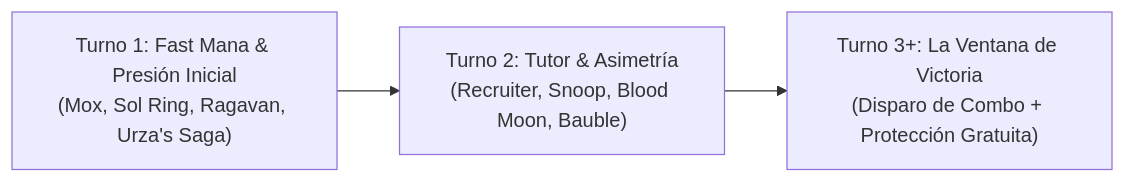
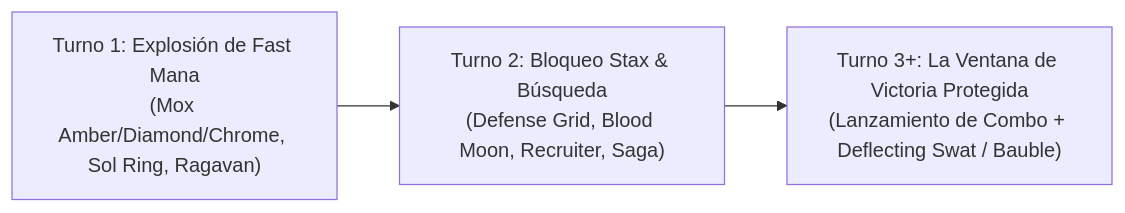
One commit to 00Ragnarok85/Magic-Skill changed the second of 2 diagrams in decks/Commander/krenko/krenko_guide.md. Above: the diagram before and after it, drawn with Mermaid. The commit also changed other lines of this file and 2 other files, not shown here.

````diff
--- a/decks/Commander/krenko/krenko_guide.md
+++ b/decks/Commander/krenko/krenko_guide.md
@@ -111,5 +116,5 @@
 ```mermaid
 flowchart LR
-    T1["Turno 1: Fast Mana & Presión Inicial\n(Mox, Sol Ring, Ragavan, Urza's Saga)"] --> T2["Turno 2: Tutor & Asimetría\n(Recruiter, Snoop, Blood Moon, Bauble)"]
-    T2 --> T3["Turno 3+: La Ventana de Victoria\n(Disparo de Combo + Protección Gratuita)"]
+    T1["Turno 1: Explosión de Fast Mana\n(Mox Amber/Diamond/Chrome, Sol Ring, Ragavan)"] --> T2["Turno 2: Bloqueo Stax & Búsqueda\n(Defense Grid, Blood Moon, Recruiter, Saga)"]
+    T2 --> T3["Turno 3+: La Ventana de Victoria Protegida\n(Lanzamiento de Combo + Deflecting Swat / Bauble)"]
 ```
````
